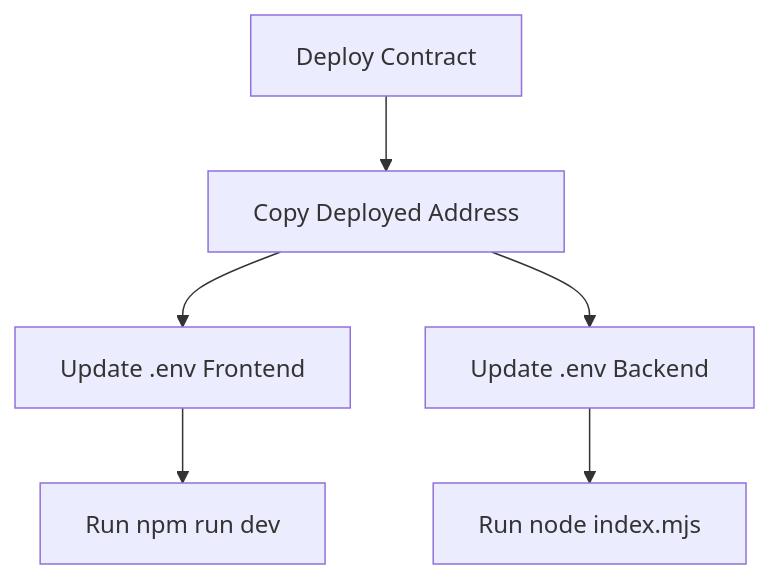
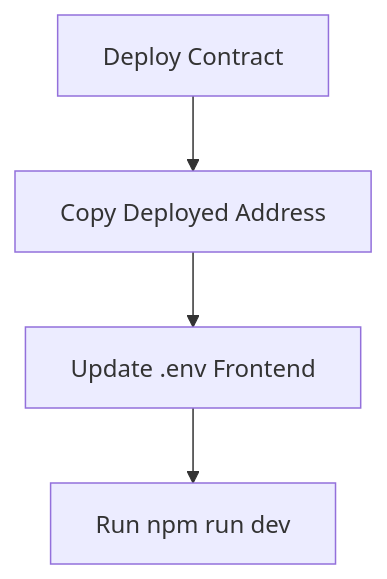
The third of 5 diagrams in README-flows.md (phamnhungoctuan/confidential-bomb), drawn with Mermaid before and after one commit. The commit also changed other lines of this file and 24 other files, not shown here.

````diff
--- a/README-flows.md
+++ b/README-flows.md
@@ -59,8 +66,6 @@
 ```mermaid
 graph TD;
     A[Deploy Contract] --> B[Copy Deployed Address]
     B --> C[Update .env Frontend]
-    B --> D[Update .env Backend]
-    C --> E[Run npm run dev]
-    D --> F[Run node index.mjs]
+    C --> D[Run npm run dev]
 ```
````
